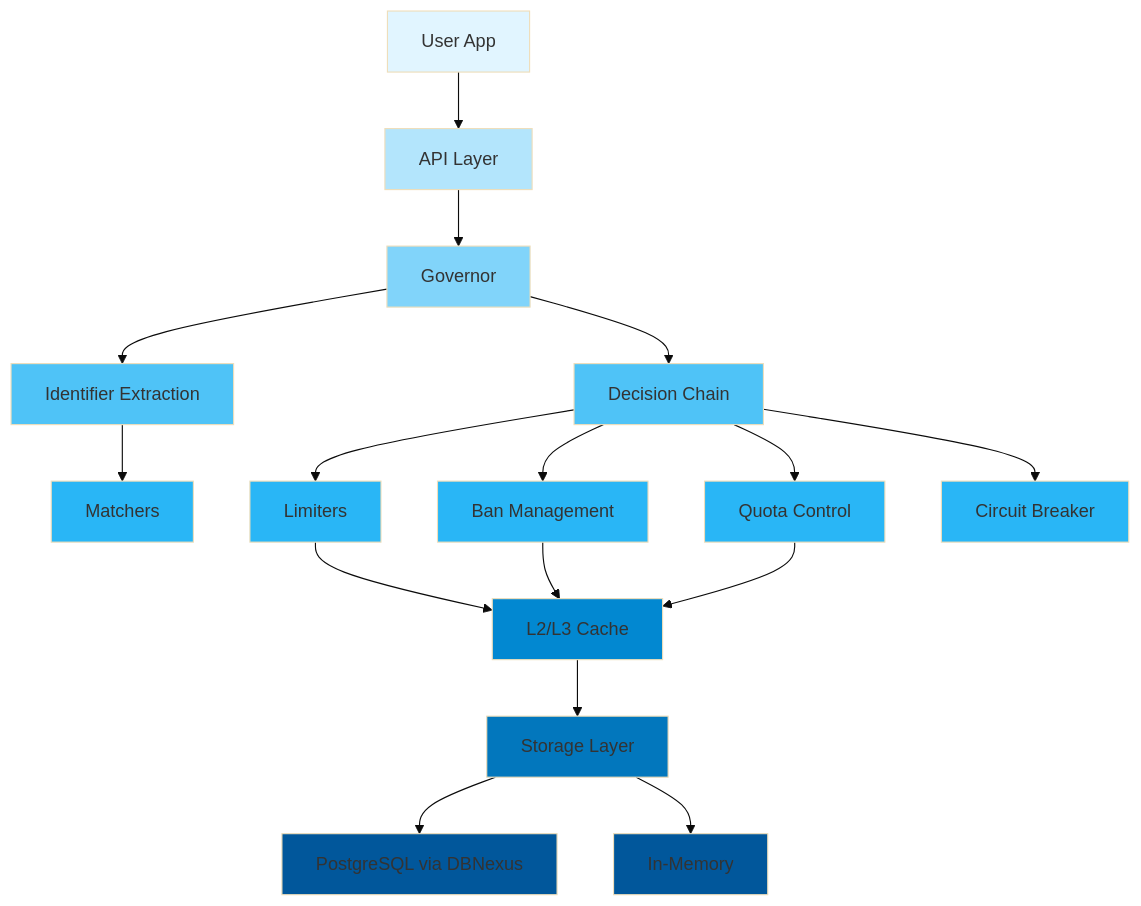
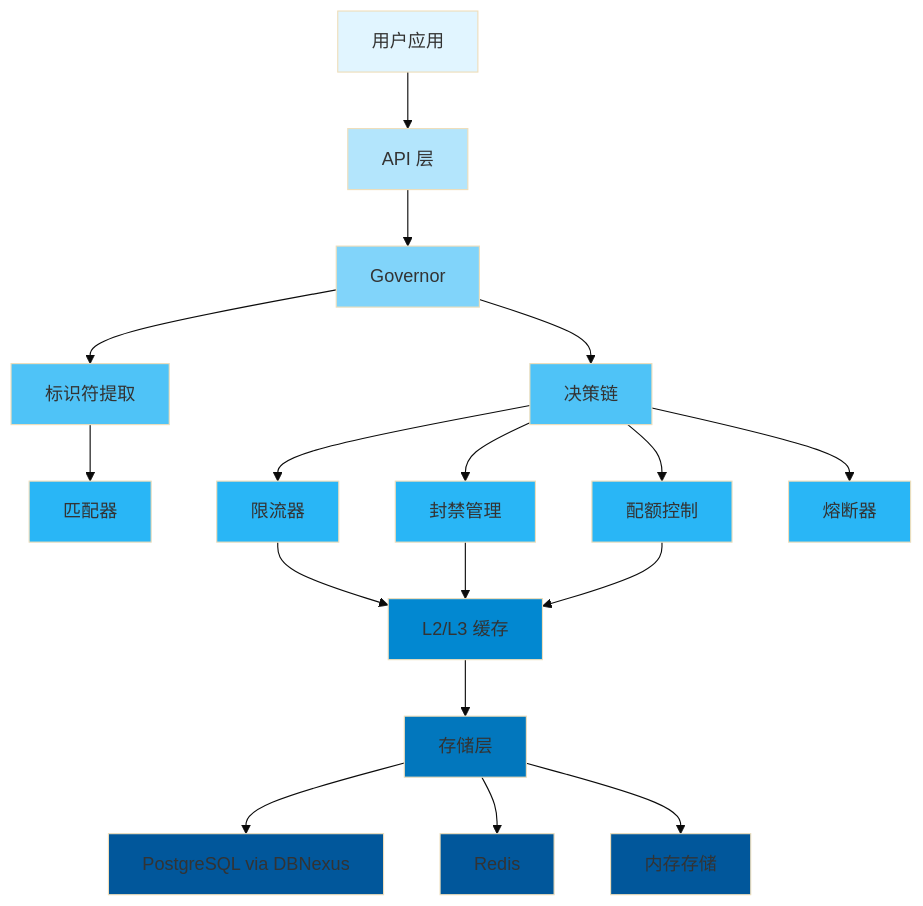
One commit to Kirky-X/limiteron changed the second of 3 diagrams in README.md. Above: the diagram before and after it, drawn with Mermaid (base theme). The commit also changed other lines of this file and 5 other files, not shown here.

````diff
--- a/README.md
+++ b/README.md
@@ -531,33 +570,35 @@
 ```mermaid
 graph TB
-    A[User App] --> B[API Layer]
+    A[用户应用] --> B[API 层]
     B --> C[Governor]
-    C --> D[Identifier Extraction]
-    C --> E[Decision Chain]
-    D --> F[Matchers]
-    E --> G[Limiters]
-    E --> H[Ban Management]
-    E --> I[Quota Control]
-    E --> J[Circuit Breaker]
-    G --> K[L2/L3 Cache]
+    C --> D[标识符提取]
+    C --> E[决策链]
+    D --> F[匹配器]
+    E --> G[限流器]
+    E --> H[封禁管理]
+    E --> I[配额控制]
+    E --> J[熔断器]
+    G --> K[L2/L3 缓存]
     H --> K
     I --> K
-    K --> L[Storage Layer]
+    K --> L[存储层]
     L --> M[PostgreSQL via DBNexus]
-    L --> N[In-Memory]
+    L --> N[Redis]
+    L --> O[内存存储]
 
     style A fill:#e1f5ff
     style B fill:#b3e5fc
     style C fill:#81d4fa
     style D fill:#4fc3f7
     style E fill:#4fc3f7
     style F fill:#29b6f6
     style G fill:#29b6f6
     style H fill:#29b6f6
     style I fill:#29b6f6
     style J fill:#29b6f6
     style K fill:#0288d1
     style L fill:#0277bd
     style M fill:#01579b
     style N fill:#01579b
+    style O fill:#01579b
 ```
````
